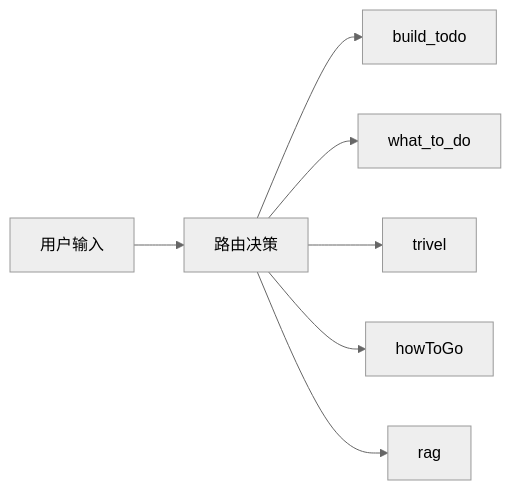
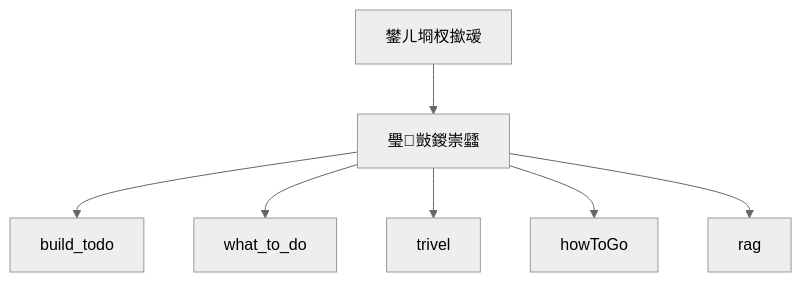
Before and after one commit to yanmengssss/Life-Pilot-Total: the diagram in .rendered_figures/current/图 5-8 代理路由分发图.mmd, drawn with Mermaid (neutral theme). The commit also changed 64 other files, not shown here.

```diff
--- a/.rendered_figures/current/图 5-8 代理路由分发图.mmd
+++ b/.rendered_figures/current/图 5-8 代理路由分发图.mmd
@@ -1,7 +1,7 @@
-flowchart LR
-    IN[用户输入] --> R[路由决策]
+flowchart TB
+    IN[鐢ㄦ埛杈撳叆] --> R[璺敱鍐崇瓥]
     R --> W1[build_todo]
     R --> W2[what_to_do]
     R --> W3[trivel]
     R --> W4[howToGo]
     R --> W5[rag]
```
